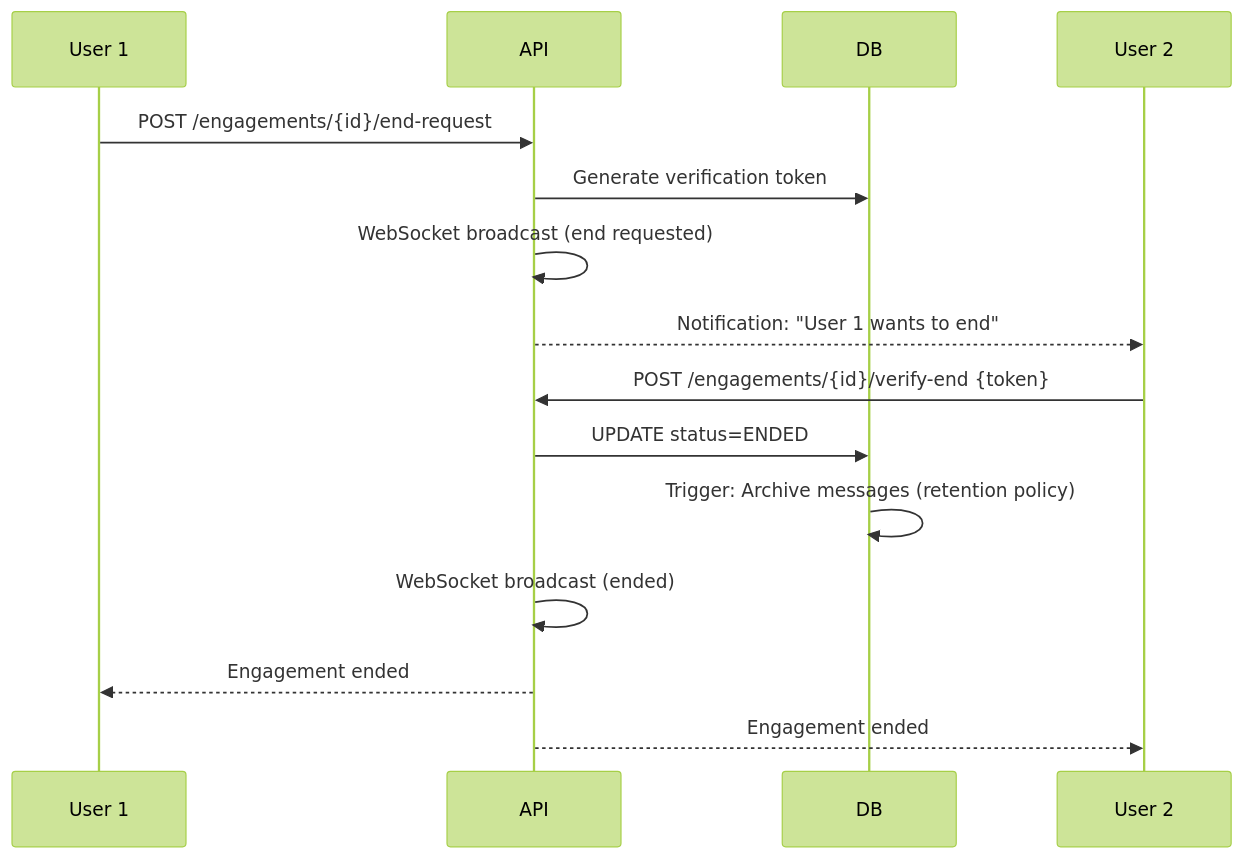
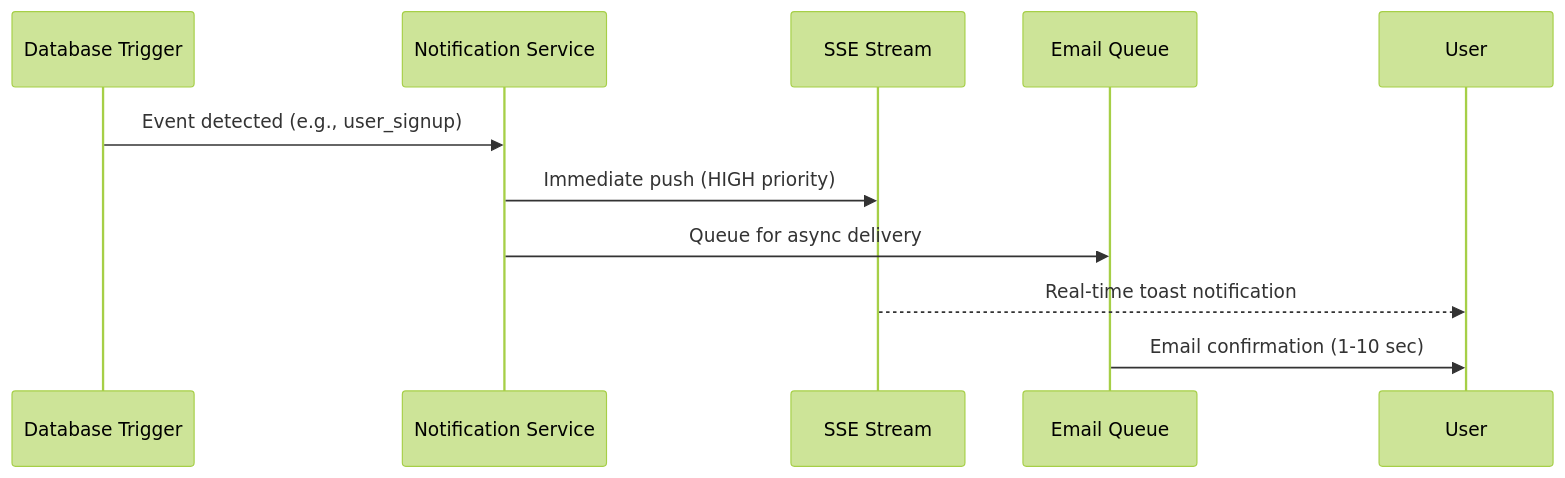
The second of 3 diagrams in backend/backend/README.md (Abdallah-A-Raafat/Nuralhealer), drawn with Mermaid (forest theme) before and after one commit. The commit also changed other lines of this file and 13 other files, not shown here.

````diff
--- a/backend/backend/README.md
+++ b/backend/backend/README.md
@@ -162,19 +131,13 @@
 ```mermaid
 sequenceDiagram
-    participant U1 as User 1
-    participant API
-    participant DB
-    participant U2 as User 2
-
-    U1->>API: POST /engagements/{id}/end-request
-    API->>DB: Generate verification token
-    API->>API: WebSocket broadcast (end requested)
-    API-->>U2: Notification: "User 1 wants to end"
+    participant DB as Database Trigger
+    participant Service as Notification Service
+    participant SSE as SSE Stream
+    participant Email as Email Queue
     
-    U2->>API: POST /engagements/{id}/verify-end {token}
-    API->>DB: UPDATE status=ENDED
-    DB->>DB: Trigger: Archive messages (retention policy)
-    API->>API: WebSocket broadcast (ended)
-    API-->>U1: Engagement ended
-    API-->>U2: Engagement ended
+    DB->>Service: Event detected (e.g., user_signup)
+    Service->>SSE: Immediate push (HIGH priority)
+    Service->>Email: Queue for async delivery
+    SSE-->>User: Real-time toast notification
+    Email->>User: Email confirmation (1-10 sec)
 ```
````
